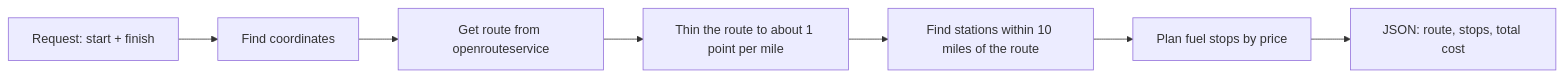
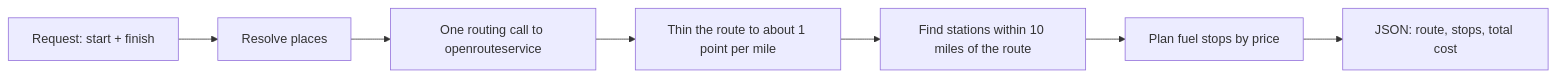
Before and after one commit to Urwa2204/fuel-route-api: the diagram in README.md, drawn with Mermaid. The commit also changed other lines of this file and 2 other files, not shown here.

````diff
--- a/README.md
+++ b/README.md
@@ -101,9 +107,9 @@
 ```mermaid
 flowchart LR
-    A[Request: start + finish] --> B[Find coordinates]
-    B --> C[Get route from openrouteservice]
+    A[Request: start + finish] --> B[Resolve places]
+    B --> C[One routing call to openrouteservice]
     C --> D[Thin the route to about 1 point per mile]
     D --> E[Find stations within 10 miles of the route]
     E --> F[Plan fuel stops by price]
     F --> G[JSON: route, stops, total cost]
 ```
````
